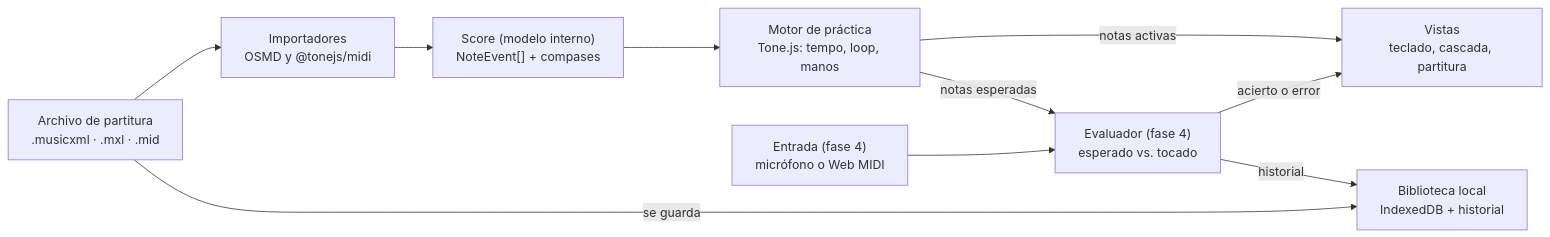
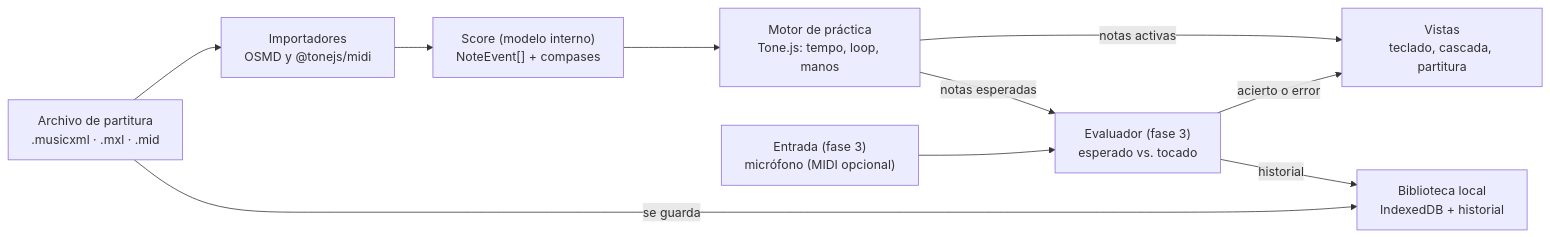
One commit to Wall404/piano_app changed the diagram in docs/SPEC.md. Above: the diagram before and after it, drawn with Mermaid. The commit also changed other lines of this file, not shown here.

First line of the commit message:
docs: micrófono del celular como camino principal, MIDI opcional

````diff
--- a/docs/SPEC.md
+++ b/docs/SPEC.md
@@ -130,12 +130,12 @@
 ```mermaid
 flowchart LR
   A["Archivo de partitura<br/>.musicxml · .mxl · .mid"] --> B["Importadores<br/>OSMD y @tonejs/midi"]
   B --> C["Score (modelo interno)<br/>NoteEvent[] + compases"]
   A -- se guarda --> D["Biblioteca local<br/>IndexedDB + historial"]
   C --> E["Motor de práctica<br/>Tone.js: tempo, loop, manos"]
   E -- notas activas --> F["Vistas<br/>teclado, cascada, partitura"]
-  E -- notas esperadas --> G["Evaluador (fase 4)<br/>esperado vs. tocado"]
-  H["Entrada (fase 4)<br/>micrófono o Web MIDI"] --> G
+  E -- notas esperadas --> G["Evaluador (fase 3)<br/>esperado vs. tocado"]
+  H["Entrada (fase 3)<br/>micrófono (MIDI opcional)"] --> G
   G -- acierto o error --> F
   G -- historial --> D
 ```
````
